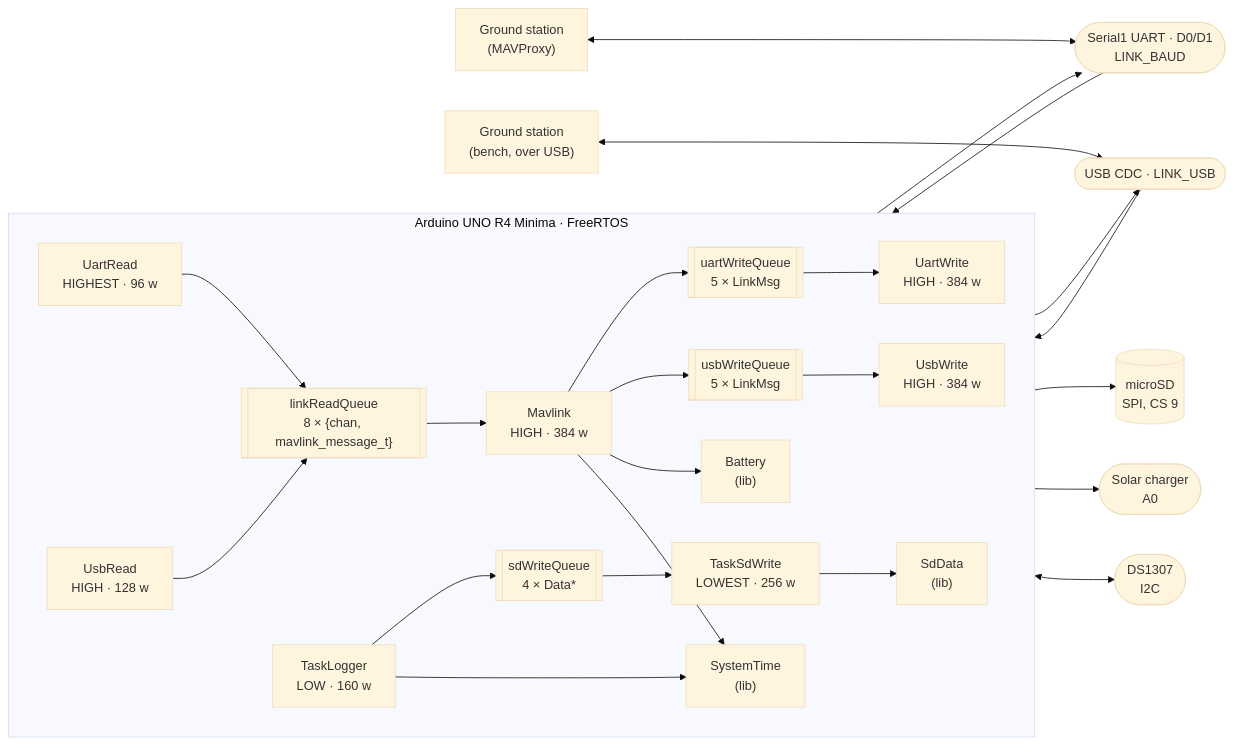
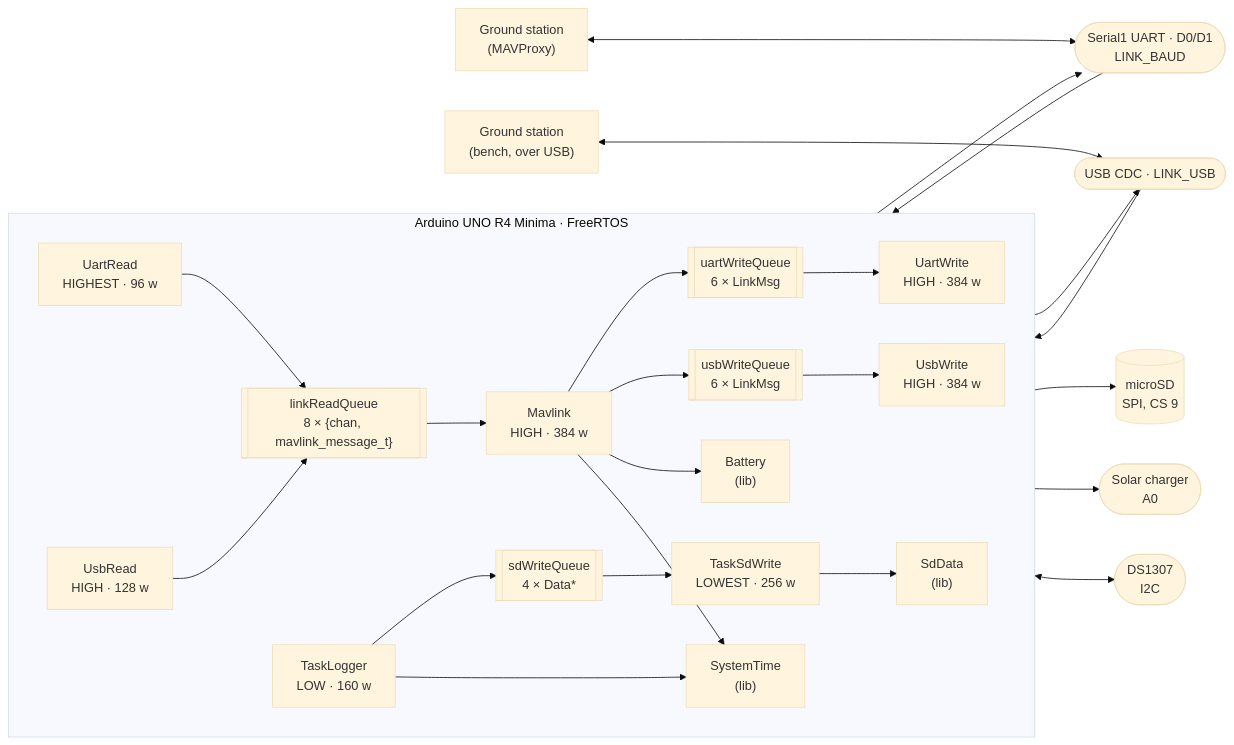
The diagram in ARCHITECTURE.md (hectorespert/BoredomOS), drawn with Mermaid (base theme) before and after one commit. The commit also changed other lines of this file and 9 other files, not shown here.

````diff
--- a/ARCHITECTURE.md
+++ b/ARCHITECTURE.md
@@ -31,53 +31,53 @@
 ```mermaid
 flowchart LR
     GCS["Ground station<br/>(MAVProxy)"]
 
     subgraph board["Arduino UNO R4 Minima · FreeRTOS"]
         direction LR
 
         UR["UartRead<br/>HIGHEST · 96 w"]
         UW["UartWrite<br/>HIGH · 384 w"]
         BR["UsbRead<br/>HIGH · 128 w"]
         BW["UsbWrite<br/>HIGH · 384 w"]
         MV["Mavlink<br/>HIGH · 384 w"]
         LG["TaskLogger<br/>LOW · 160 w"]
         SDW["TaskSdWrite<br/>LOWEST · 256 w"]
 
         RQ[["linkReadQueue<br/>8 × {chan, mavlink_message_t}"]]
-        UWQ[["uartWriteQueue<br/>5 × LinkMsg"]]
-        BWQ[["usbWriteQueue<br/>5 × LinkMsg"]]
+        UWQ[["uartWriteQueue<br/>6 × LinkMsg"]]
+        BWQ[["usbWriteQueue<br/>6 × LinkMsg"]]
         DQ[["sdWriteQueue<br/>4 × Data*"]]
 
         BAT["Battery<br/>(lib)"]
         ST["SystemTime<br/>(lib)"]
         SDD["SdData<br/>(lib)"]
     end
 
     LINK(["Serial1 UART · D0/D1<br/>LINK_BAUD"])
     USB(["USB CDC · LINK_USB"])
     CARD[("microSD<br/>SPI, CS 9")]
     ADC(["Solar charger<br/>A0"])
     RTC(["DS1307<br/>I2C"])
 
     GCS <--> LINK
     GCS2["Ground station<br/>(bench, over USB)"] <--> USB
 
     LINK --> UR
     UW --> LINK
     USB --> BR
     BW --> USB
 
     UR --> RQ
     BR --> RQ
     RQ --> MV
     MV --> UWQ --> UW
     MV --> BWQ --> BW
 
     LG --> DQ --> SDW
     SDW --> SDD --> CARD
 
     MV --> BAT --> ADC
     MV --> ST
     LG --> ST
     ST <--> RTC
 ```
````
